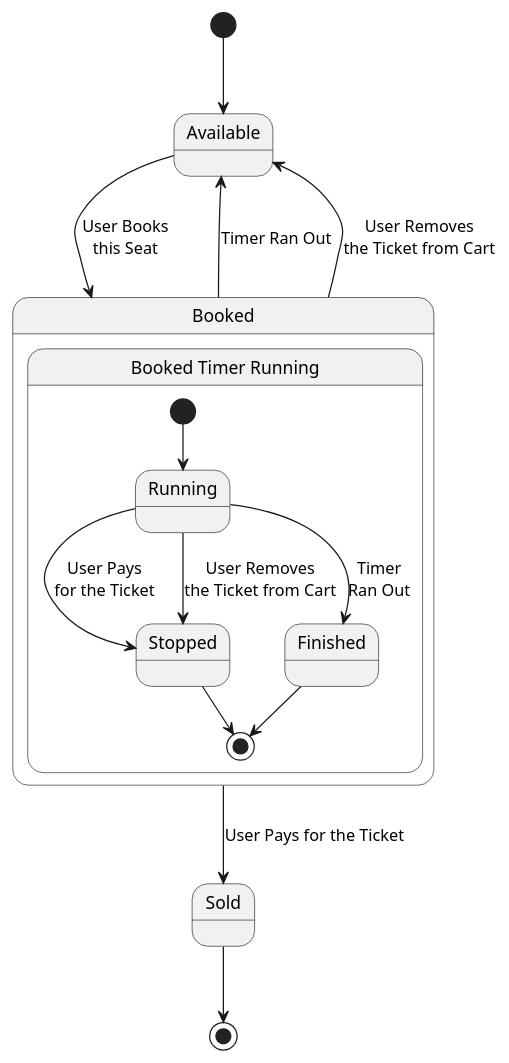
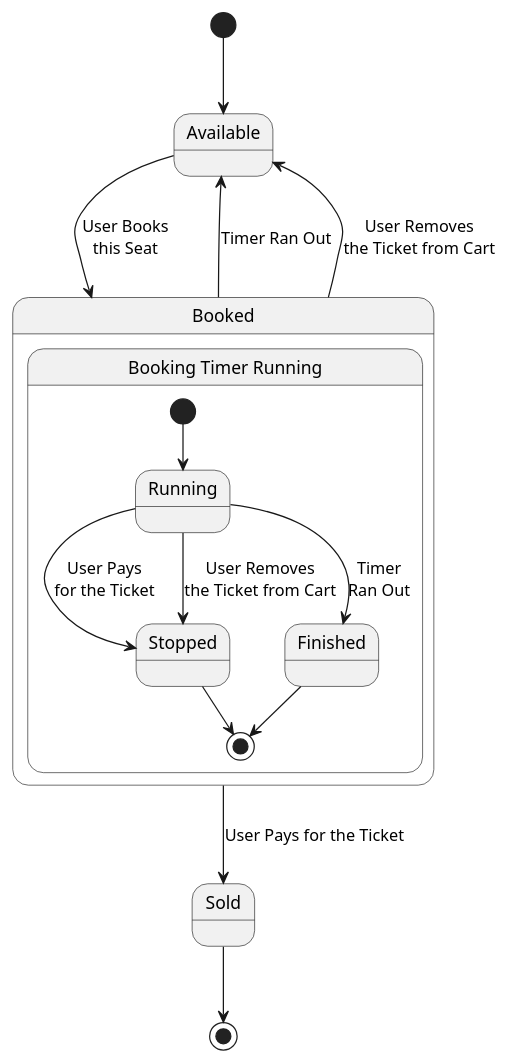
One commit to vadzim-kurdzesau/ticketing-domain changed the diagram in diagrams/seat-state-machine.puml. Above: the diagram before and after it, drawn with PlantUML. The commit also changed 1 other file, not shown here.

Commit message:
fix: rename timer

```diff
--- a/diagrams/seat-state-machine.puml
+++ b/diagrams/seat-state-machine.puml
@@ -1,23 +1,23 @@
 @startuml seat-state-machine
 
 [*] --> Available
 Available --> Booked : User Books\nthis Seat
 Booked --> Available : Timer Ran Out
 Booked --> Available : User Removes\nthe Ticket from Cart
 
 state Booked {
-    state "Booked Timer Running" as timer {
+    state "Booking Timer Running" as timer {
         [*] --> Running
         Running --> Finished: Timer\nRan Out
         Finished --> [*]
         Running --> Stopped : User Pays\nfor the Ticket
         Running --> Stopped : User Removes\nthe Ticket from Cart
         Stopped -> [*]
     }
 }
 
 Booked -down-> Sold : User Pays for the Ticket
 Sold -down-> [*]
 
 
 @enduml
```
